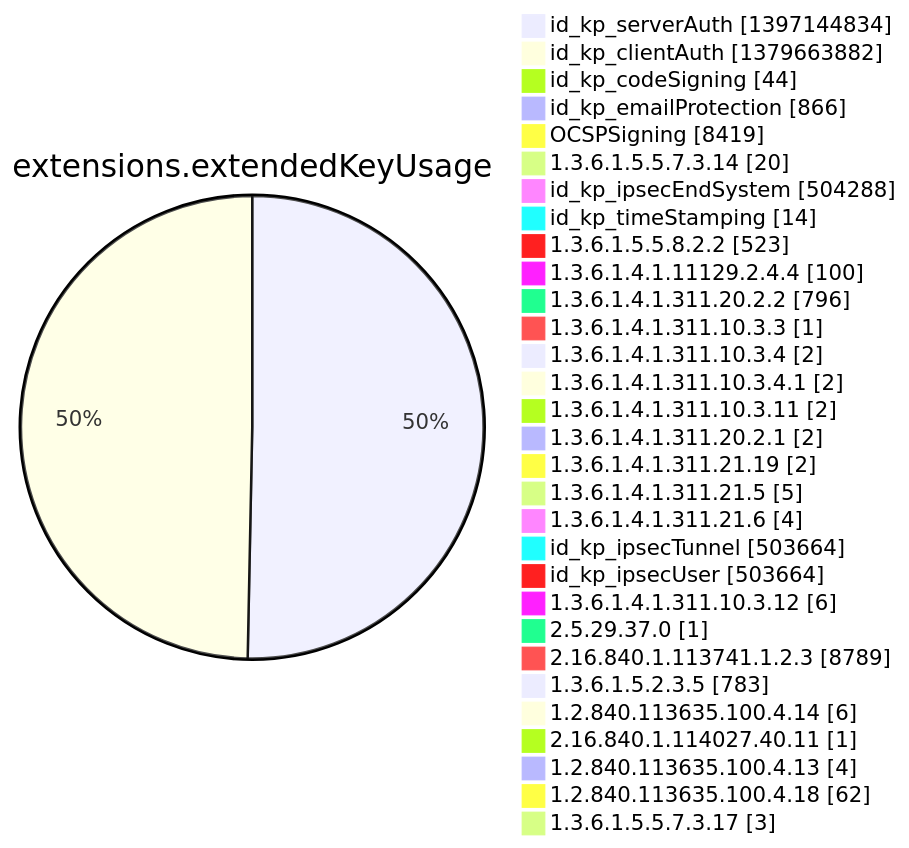
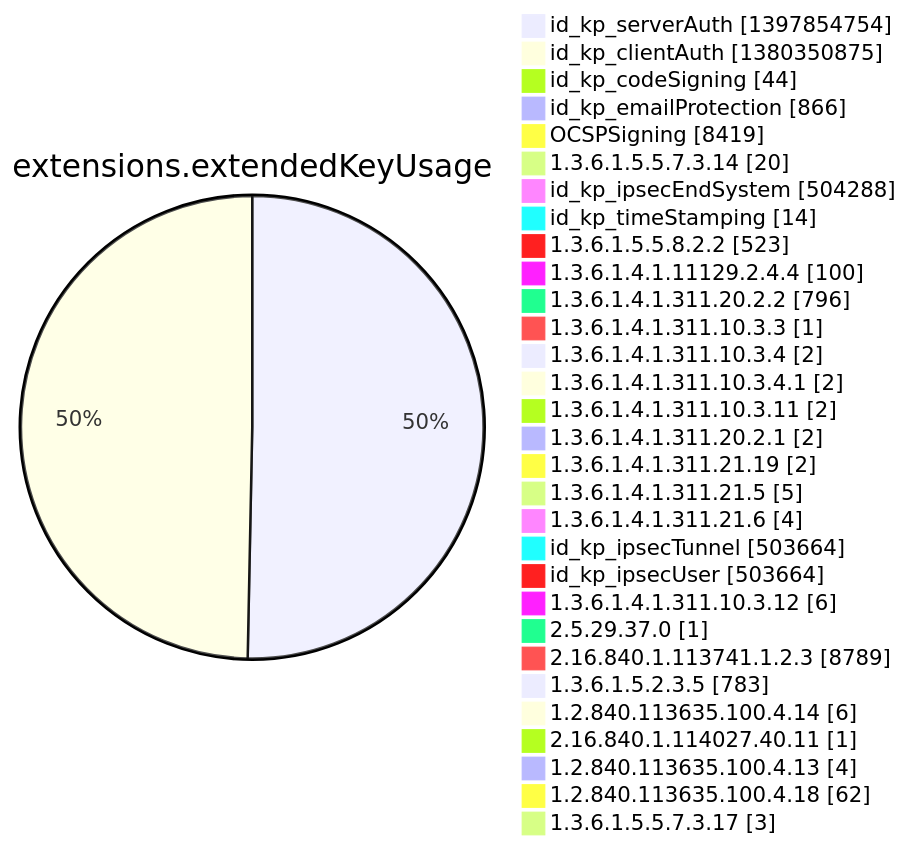
Diagram 12 of 15 in argon2022/README.md (christiankrug/ctmonitor_visualization), drawn with Mermaid before and after one commit. The commit also changed other lines of this file, not shown here.

````diff
--- a/argon2022/README.md
+++ b/argon2022/README.md
@@ -3554,34 +3554,34 @@
 ```mermaid
 pie showData
 title extensions.extendedKeyUsage
-"id_kp_serverAuth" :1397144834
-"id_kp_clientAuth" :1379663882
+"id_kp_serverAuth" :1397854754
+"id_kp_clientAuth" :1380350875
 "id_kp_codeSigning" :44
 "id_kp_emailProtection" :866
 "OCSPSigning" :8419
 "1.3.6.1.5.5.7.3.14" :20
 "id_kp_ipsecEndSystem" :504288
 "id_kp_timeStamping" :14
 "1.3.6.1.5.5.8.2.2" :523
 "1.3.6.1.4.1.11129.2.4.4" :100
 "1.3.6.1.4.1.311.20.2.2" :796
 "1.3.6.1.4.1.311.10.3.3" :1
 "1.3.6.1.4.1.311.10.3.4" :2
 "1.3.6.1.4.1.311.10.3.4.1" :2
 "1.3.6.1.4.1.311.10.3.11" :2
 "1.3.6.1.4.1.311.20.2.1" :2
 "1.3.6.1.4.1.311.21.19" :2
 "1.3.6.1.4.1.311.21.5" :5
 "1.3.6.1.4.1.311.21.6" :4
 "id_kp_ipsecTunnel" :503664
 "id_kp_ipsecUser" :503664
 "1.3.6.1.4.1.311.10.3.12" :6
 "2.5.29.37.0" :1
 "2.16.840.1.113741.1.2.3" :8789
 "1.3.6.1.5.2.3.5" :783
 "1.2.840.113635.100.4.14" :6
 "2.16.840.1.114027.40.11" :1
 "1.2.840.113635.100.4.13" :4
 "1.2.840.113635.100.4.18" :62
 "1.3.6.1.5.5.7.3.17" :3
 ```
````
